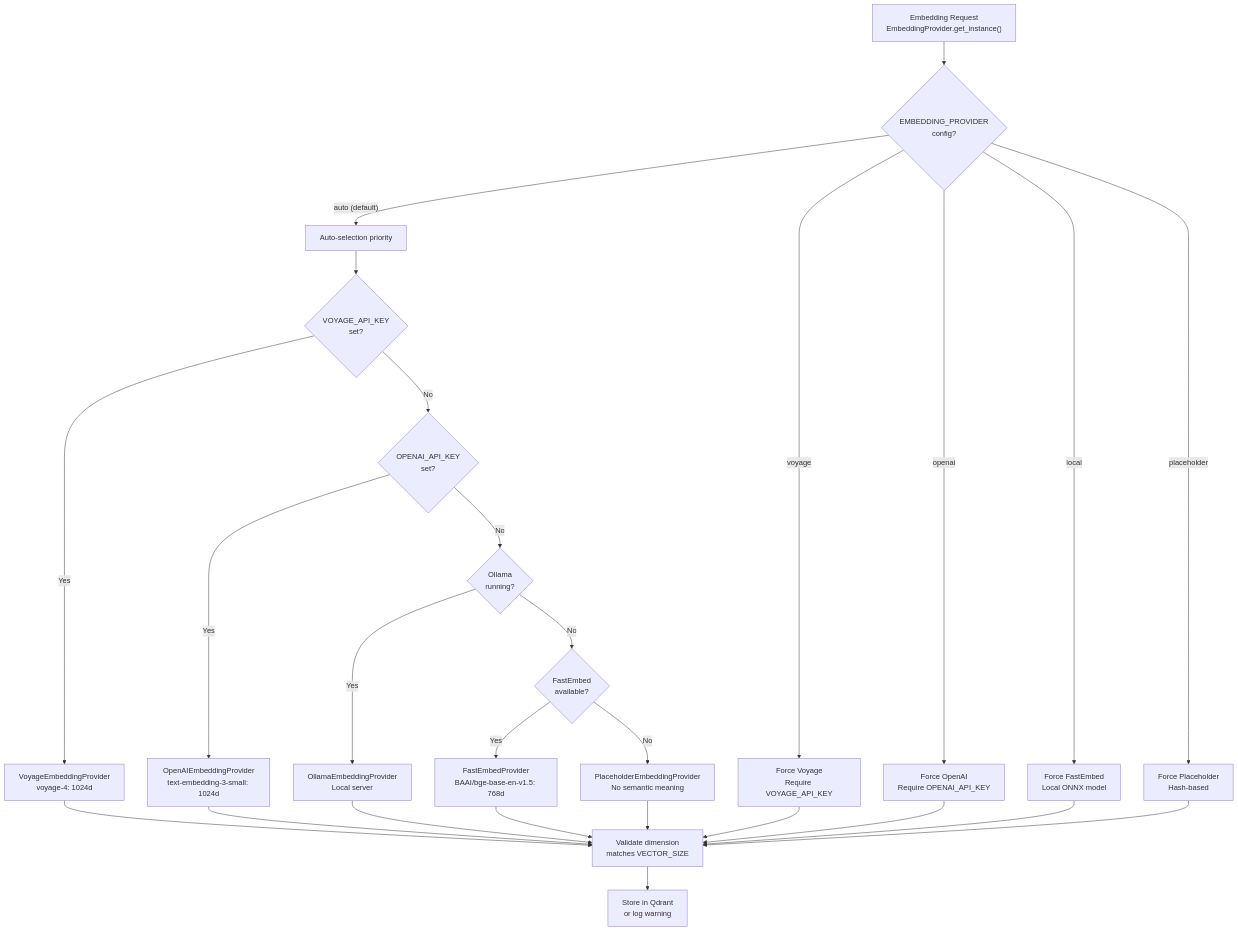
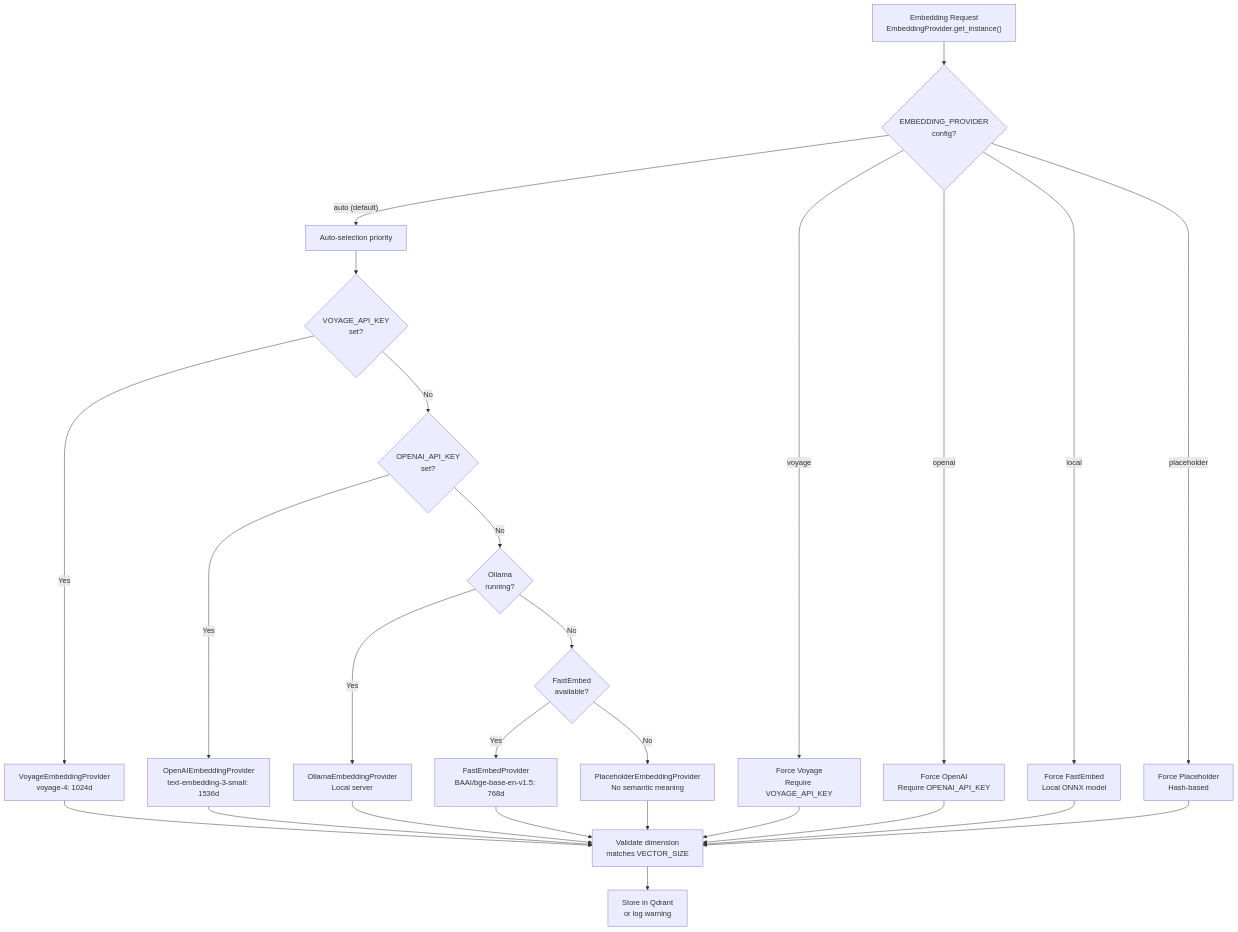
Before and after one commit to verygoodplugins/automem-website: the first of 2 diagrams in src/content/docs/docs/architecture/embeddings.md, drawn with Mermaid. The commit also changed 12 other files, not shown here.

````diff
--- a/src/content/docs/docs/architecture/embeddings.md
+++ b/src/content/docs/docs/architecture/embeddings.md
@@ -49,38 +49,38 @@
 ```mermaid
 flowchart TD
     Request["Embedding Request<br/>EmbeddingProvider.get_instance()"]
 
     Request --> CheckConfig{"EMBEDDING_PROVIDER<br/>config?"}
 
     CheckConfig -->|"auto (default)"| Priority["Auto-selection priority"]
     CheckConfig -->|"voyage"| ForceVoyage["Force Voyage<br/>Require VOYAGE_API_KEY"]
     CheckConfig -->|"openai"| ForceOpenAI["Force OpenAI<br/>Require OPENAI_API_KEY"]
     CheckConfig -->|"local"| ForceLocal["Force FastEmbed<br/>Local ONNX model"]
     CheckConfig -->|"placeholder"| ForcePlaceholder["Force Placeholder<br/>Hash-based"]
 
     Priority --> Try1{"VOYAGE_API_KEY<br/>set?"}
     Try1 -->|Yes| Voyage["VoyageEmbeddingProvider<br/>voyage-4: 1024d"]
     Try1 -->|No| Try2{"OPENAI_API_KEY<br/>set?"}
 
-    Try2 -->|Yes| OpenAI["OpenAIEmbeddingProvider<br/>text-embedding-3-small: 1024d"]
+    Try2 -->|Yes| OpenAI["OpenAIEmbeddingProvider<br/>text-embedding-3-small: 1536d"]
     Try2 -->|No| Try3{"Ollama<br/>running?"}
 
     Try3 -->|Yes| Ollama["OllamaEmbeddingProvider<br/>Local server"]
     Try3 -->|No| Try4{"FastEmbed<br/>available?"}
 
     Try4 -->|Yes| FastEmbed["FastEmbedProvider<br/>BAAI/bge-base-en-v1.5: 768d"]
     Try4 -->|No| Placeholder["PlaceholderEmbeddingProvider<br/>No semantic meaning"]
 
     Voyage --> Validate["Validate dimension<br/>matches VECTOR_SIZE"]
     OpenAI --> Validate
     Ollama --> Validate
     FastEmbed --> Validate
     Placeholder --> Validate
 
     ForceVoyage --> Validate
     ForceOpenAI --> Validate
     ForceLocal --> Validate
     ForcePlaceholder --> Validate
 
     Validate --> Store["Store in Qdrant<br/>or log warning"]
 ```
````
